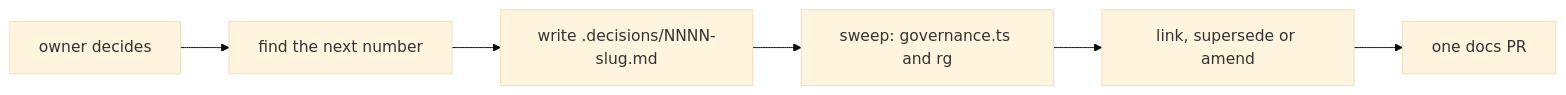
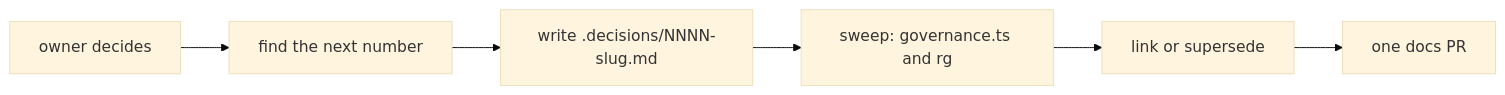
Before and after one commit to kamp-us/tea-fabrika: the diagram in .agents/skills/adr/SKILL.md, drawn with Mermaid (base theme). The commit also changed other lines of this file and 4 other files, not shown here.

````diff
--- a/.agents/skills/adr/SKILL.md
+++ b/.agents/skills/adr/SKILL.md
@@ -16,8 +16,8 @@
 ```mermaid
 flowchart LR
   decides["owner decides"] --> number["find the next number"]
   number --> write["write .decisions/NNNN-slug.md"]
   write --> sweep["sweep: governance.ts and rg"]
-  sweep --> relate["link, supersede or amend"]
+  sweep --> relate["link or supersede"]
   relate --> pr["one docs PR"]
 ```
````
